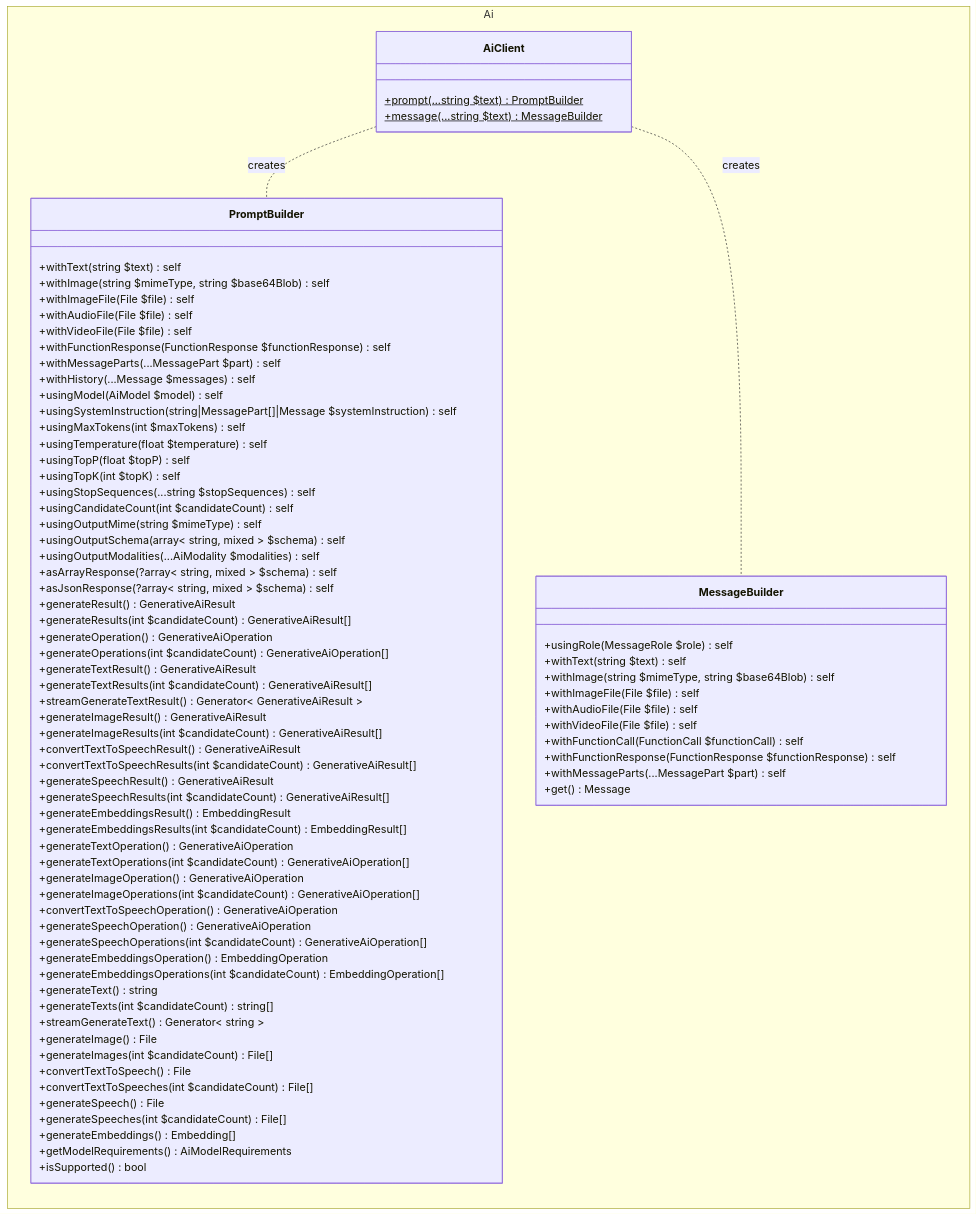
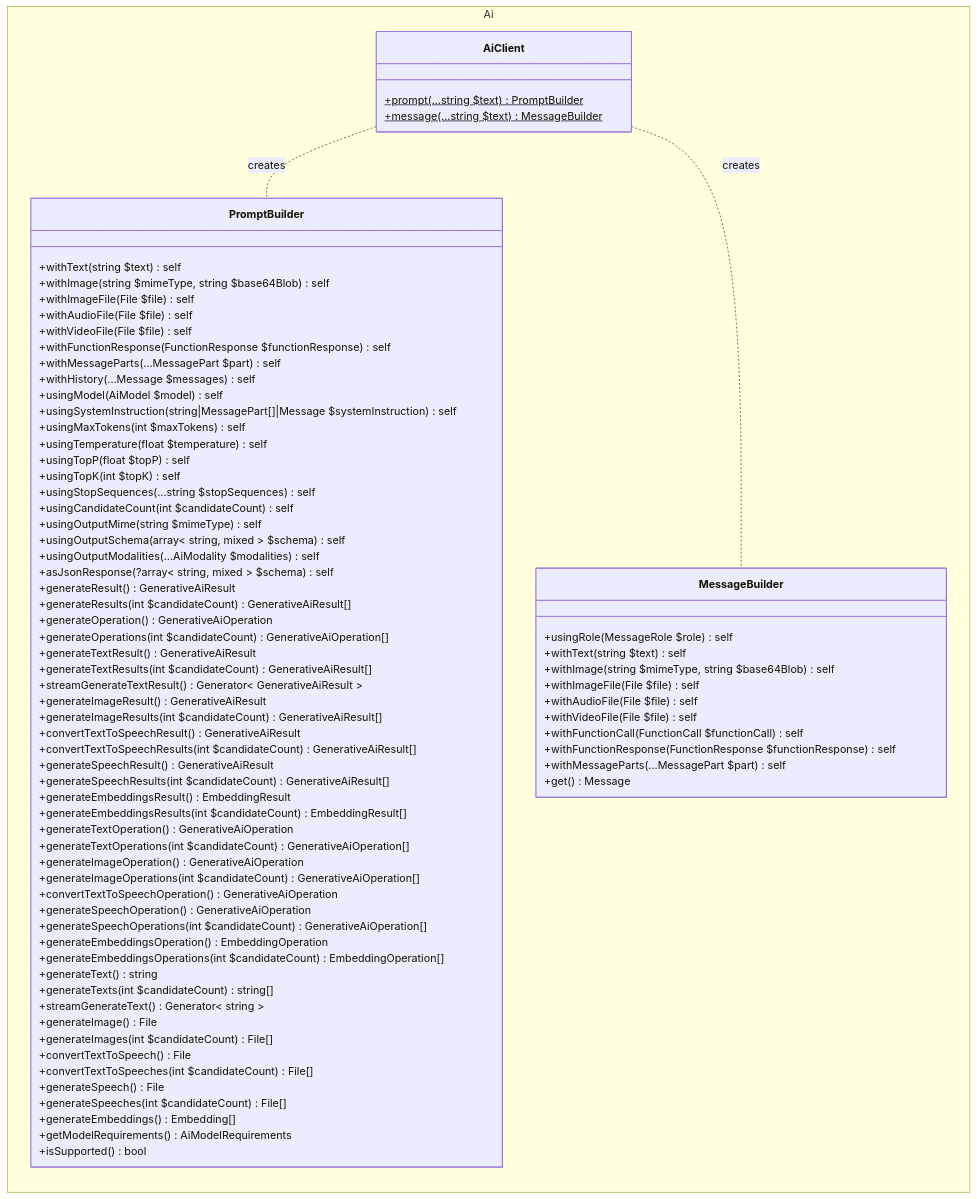
The first of 5 diagrams in docs/ARCHITECTURE.md (Ref34t/php-ai-client), drawn with Mermaid before and after one commit. The commit also changed other lines of this file, not shown here.

Commit message:
Remove asArrayResponse()

```diff
--- a/docs/ARCHITECTURE.md
+++ b/docs/ARCHITECTURE.md
@@ -344,7 +344,6 @@
             +usingOutputMime(string $mimeType) self
             +usingOutputSchema(array< string, mixed > $schema) self
             +usingOutputModalities(...AiModality $modalities) self
-            +asArrayResponse(?array< string, mixed > $schema) self
             +asJsonResponse(?array< string, mixed > $schema) self
             +generateResult() GenerativeAiResult
             +generateResults(int $candidateCount) GenerativeAiResult[]
```
